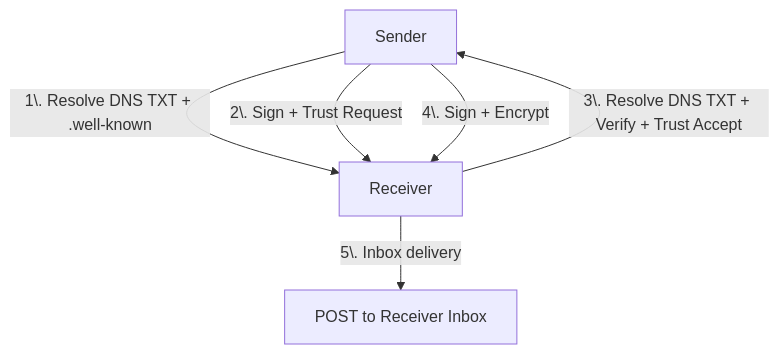
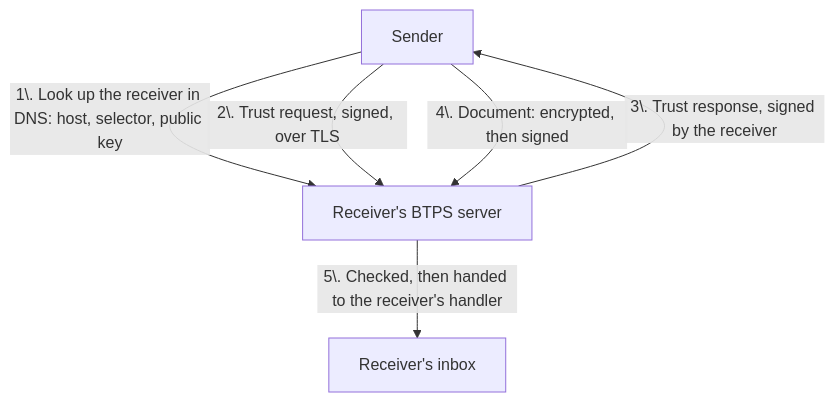
One commit to openbtps/btps-node changed the first of 2 diagrams in docs/docusaurus/docs/introduction.md. Above: the diagram before and after it, drawn with Mermaid. The commit also changed other lines of this file and 26 other files, not shown here.

First line of the commit message:
Docs: bring every diagram in line with 1.1

````diff
--- a/docs/docusaurus/docs/introduction.md
+++ b/docs/docusaurus/docs/introduction.md
@@ -17,8 +17,8 @@
 ```mermaid
 graph TD
-  S["Sender"] -- "1\. Resolve DNS TXT + .well-known" --> R["Receiver"]
-  S -- "2\. Sign + Trust Request" --> R
-  R -- "3\. Resolve DNS TXT + Verify + Trust Accept" --> S
-  S -- "4\. Sign + Encrypt" --> R
-  R -- "5\. Inbox delivery" --> P["POST to Receiver Inbox"]
+  S["Sender"] -- "1\. Look up the receiver in DNS: host, selector, public key" --> R["Receiver's BTPS server"]
+  S -- "2\. Trust request, signed, over TLS" --> R
+  R -- "3\. Trust response, signed by the receiver" --> S
+  S -- "4\. Document: encrypted, then signed" --> R
+  R -- "5\. Checked, then handed to the receiver's handler" --> P["Receiver's inbox"]
 ```
````
